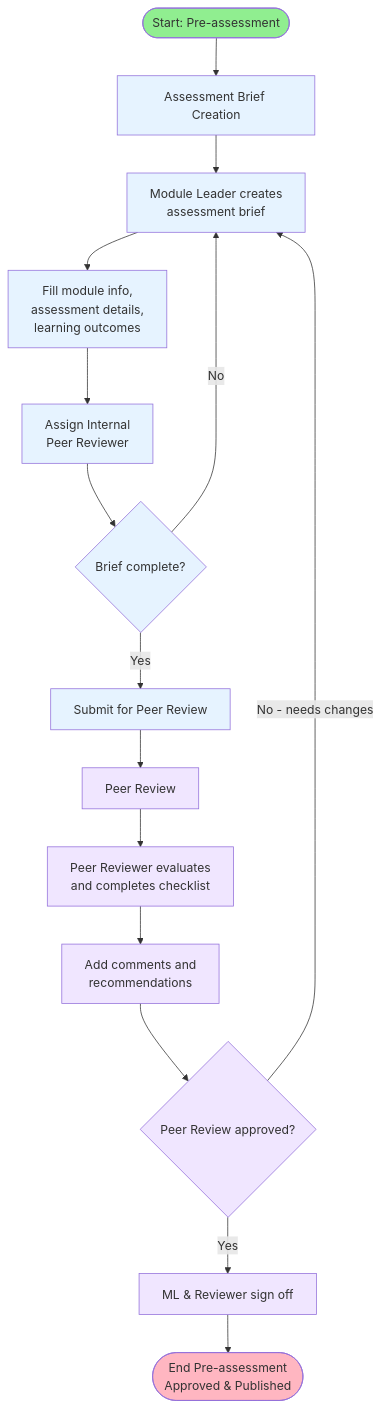
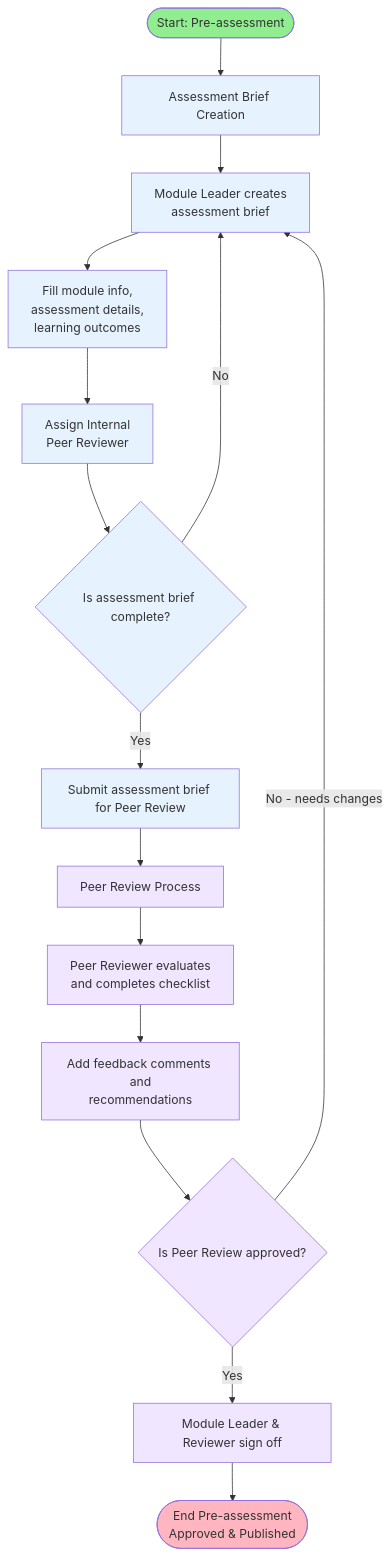
One commit to martinsolent/mod_prototype changed the first of 2 diagrams in flow_chart/mod_flow_chart.md. Above: the diagram before and after it, drawn with Mermaid. The commit also changed other lines of this file, not shown here.

Commit message:
Expand abbreviated labels in flowchart for clarity

````diff
--- a/flow_chart/mod_flow_chart.md
+++ b/flow_chart/mod_flow_chart.md
@@ -1,30 +1,29 @@
 ```mermaid
 flowchart TD
     %% Workflow A: Pre-assessment (before semester)
     StartA([Start: Pre-assessment]) --> AB[Assessment Brief Creation]
     
     AB --> AB1[Module Leader creates<br/>assessment brief]
     AB1 --> AB2[Fill module info,<br/>assessment details,<br/>learning outcomes]
     AB2 --> AB3[Assign Internal<br/>Peer Reviewer]
-    AB3 --> AB4{Brief complete?}
+    AB3 --> AB4{Is assessment brief complete?}
     AB4 -->|No| AB1
-    AB4 -->|Yes| AB5[Submit for Peer Review]
-    AB5 --> PR[Peer Review]
+    AB4 -->|Yes| AB5[Submit assessment brief for Peer Review]
+    AB5 --> PR[Peer Review Process]
     
     PR --> PR1[Peer Reviewer evaluates<br/>and completes checklist]
-    PR1 --> PR2[Add comments and
-    recommendations]
-    PR2 --> PR3{Peer Review approved?}
+    PR1 --> PR2[Add feedback comments and<br/>recommendations]
+    PR2 --> PR3{Is Peer Review approved?}
     PR3 -->|No - needs changes| AB1
-    PR3 -->|Yes| PR4[ML & Reviewer sign off]
+    PR3 -->|Yes| PR4[Module Leader & Reviewer sign off]
     PR4 --> EndA([End Pre-assessment<br/>Approved & Published])
     
     classDef start fill:#90EE90
     classDef endNode fill:#FFB6C1
     classDef brief fill:#E6F3FF
     classDef peer fill:#F0E6FF
     class StartA start
     class EndA endNode
     class AB,AB1,AB2,AB3,AB4,AB5 brief
     class PR,PR1,PR2,PR3,PR4 peer
 ```
````
